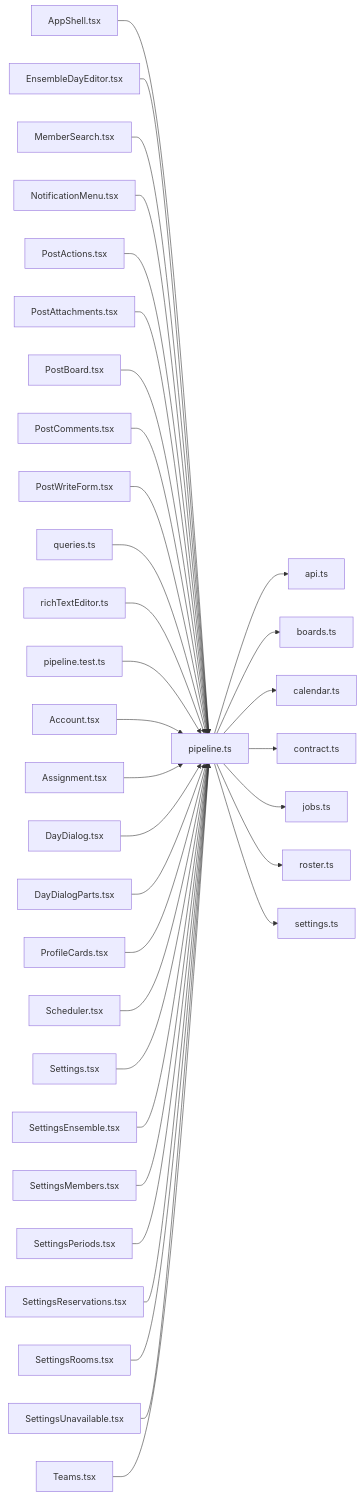
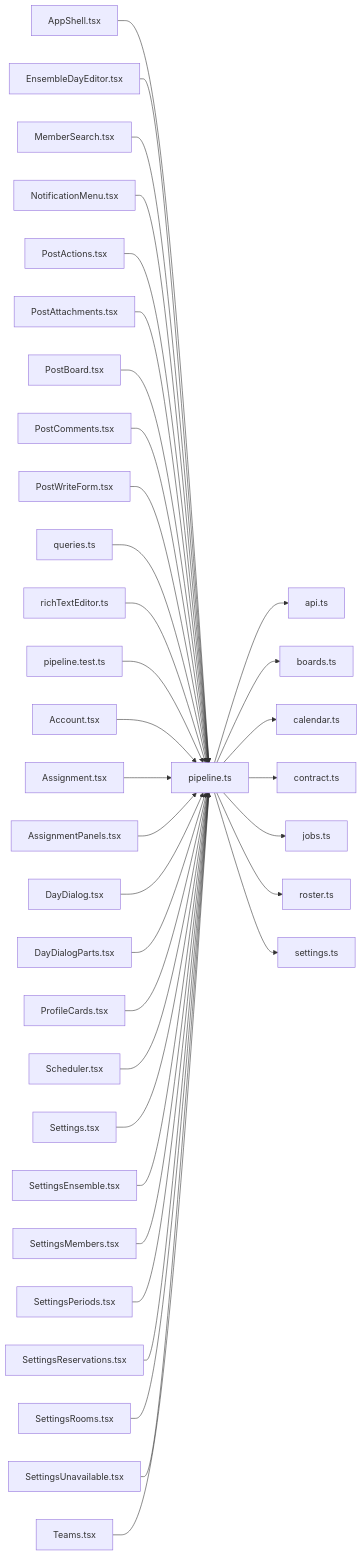
One commit to minkong-dev/Banblit changed the diagram in .cluedoc/graph/frontend/src/lib/pipeline.md. Above: the diagram before and after it, drawn with Mermaid. The commit also changed other lines of this file and 5 other files, not shown here.

````diff
--- a/.cluedoc/graph/frontend/src/lib/pipeline.md
+++ b/.cluedoc/graph/frontend/src/lib/pipeline.md
@@ -10,37 +10,38 @@
 ```mermaid
 flowchart LR
   frontend_src_lib_pipeline["pipeline.ts"]
   frontend_src_lib_pipeline --> frontend_src_lib_api["api.ts"]
   frontend_src_lib_pipeline --> frontend_src_lib_boards["boards.ts"]
   frontend_src_lib_pipeline --> frontend_src_lib_calendar["calendar.ts"]
   frontend_src_lib_pipeline --> frontend_src_lib_contract["contract.ts"]
   frontend_src_lib_pipeline --> frontend_src_lib_jobs["jobs.ts"]
   frontend_src_lib_pipeline --> frontend_src_lib_roster["roster.ts"]
   frontend_src_lib_pipeline --> frontend_src_lib_settings["settings.ts"]
   frontend_src_components_AppShell["AppShell.tsx"] --> frontend_src_lib_pipeline
   frontend_src_components_EnsembleDayEditor["EnsembleDayEditor.tsx"] --> frontend_src_lib_pipeline
   frontend_src_components_MemberSearch["MemberSearch.tsx"] --> frontend_src_lib_pipeline
   frontend_src_components_NotificationMenu["NotificationMenu.tsx"] --> frontend_src_lib_pipeline
   frontend_src_components_PostActions["PostActions.tsx"] --> frontend_src_lib_pipeline
   frontend_src_components_PostAttachments["PostAttachments.tsx"] --> frontend_src_lib_pipeline
   frontend_src_components_PostBoard["PostBoard.tsx"] --> frontend_src_lib_pipeline
   frontend_src_components_PostComments["PostComments.tsx"] --> frontend_src_lib_pipeline
   frontend_src_components_PostWriteForm["PostWriteForm.tsx"] --> frontend_src_lib_pipeline
   frontend_src_components_queries["queries.ts"] --> frontend_src_lib_pipeline
   frontend_src_components_richTextEditor["richTextEditor.ts"] --> frontend_src_lib_pipeline
   frontend_src_lib_pipeline_test["pipeline.test.ts"] --> frontend_src_lib_pipeline
   frontend_src_routes_Account["Account.tsx"] --> frontend_src_lib_pipeline
   frontend_src_routes_Assignment["Assignment.tsx"] --> frontend_src_lib_pipeline
+  frontend_src_routes_AssignmentPanels["AssignmentPanels.tsx"] --> frontend_src_lib_pipeline
   frontend_src_routes_DayDialog["DayDialog.tsx"] --> frontend_src_lib_pipeline
   frontend_src_routes_DayDialogParts["DayDialogParts.tsx"] --> frontend_src_lib_pipeline
   frontend_src_routes_ProfileCards["ProfileCards.tsx"] --> frontend_src_lib_pipeline
   frontend_src_routes_Scheduler["Scheduler.tsx"] --> frontend_src_lib_pipeline
   frontend_src_routes_Settings["Settings.tsx"] --> frontend_src_lib_pipeline
   frontend_src_routes_SettingsEnsemble["SettingsEnsemble.tsx"] --> frontend_src_lib_pipeline
   frontend_src_routes_SettingsMembers["SettingsMembers.tsx"] --> frontend_src_lib_pipeline
   frontend_src_routes_SettingsPeriods["SettingsPeriods.tsx"] --> frontend_src_lib_pipeline
   frontend_src_routes_SettingsReservations["SettingsReservations.tsx"] --> frontend_src_lib_pipeline
   frontend_src_routes_SettingsRooms["SettingsRooms.tsx"] --> frontend_src_lib_pipeline
   frontend_src_routes_SettingsUnavailable["SettingsUnavailable.tsx"] --> frontend_src_lib_pipeline
   frontend_src_routes_Teams["Teams.tsx"] --> frontend_src_lib_pipeline
 ```
````
